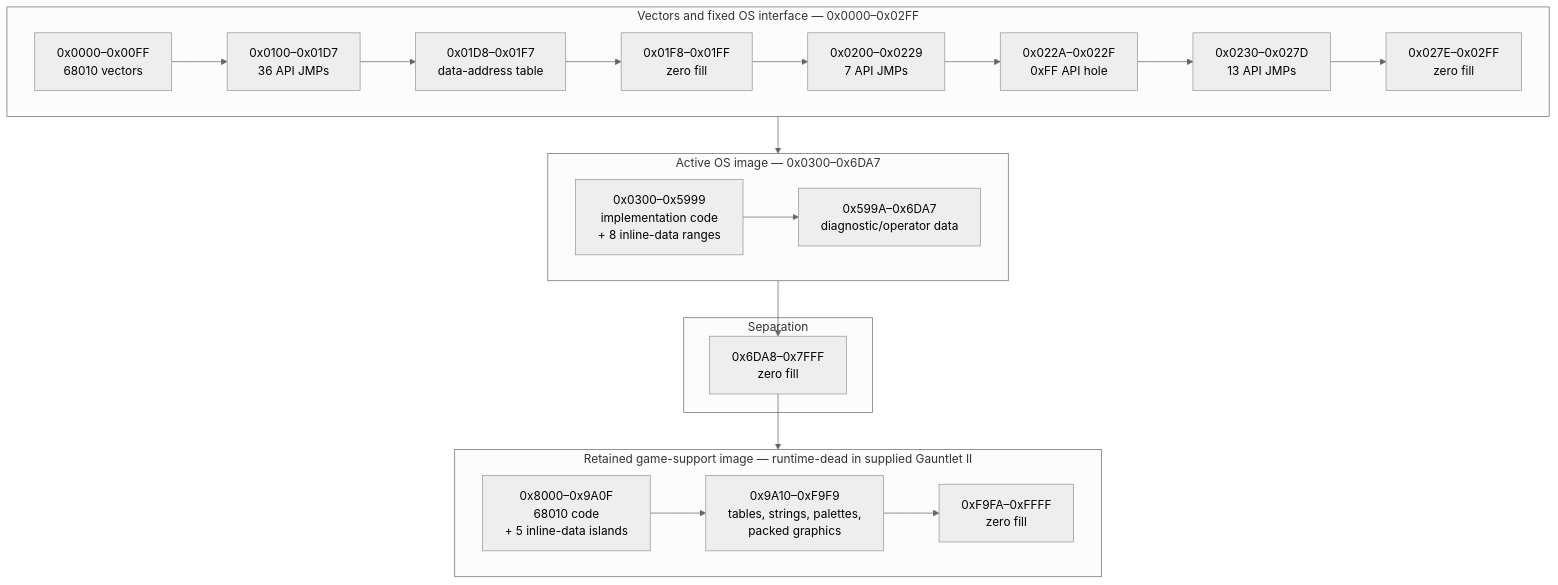
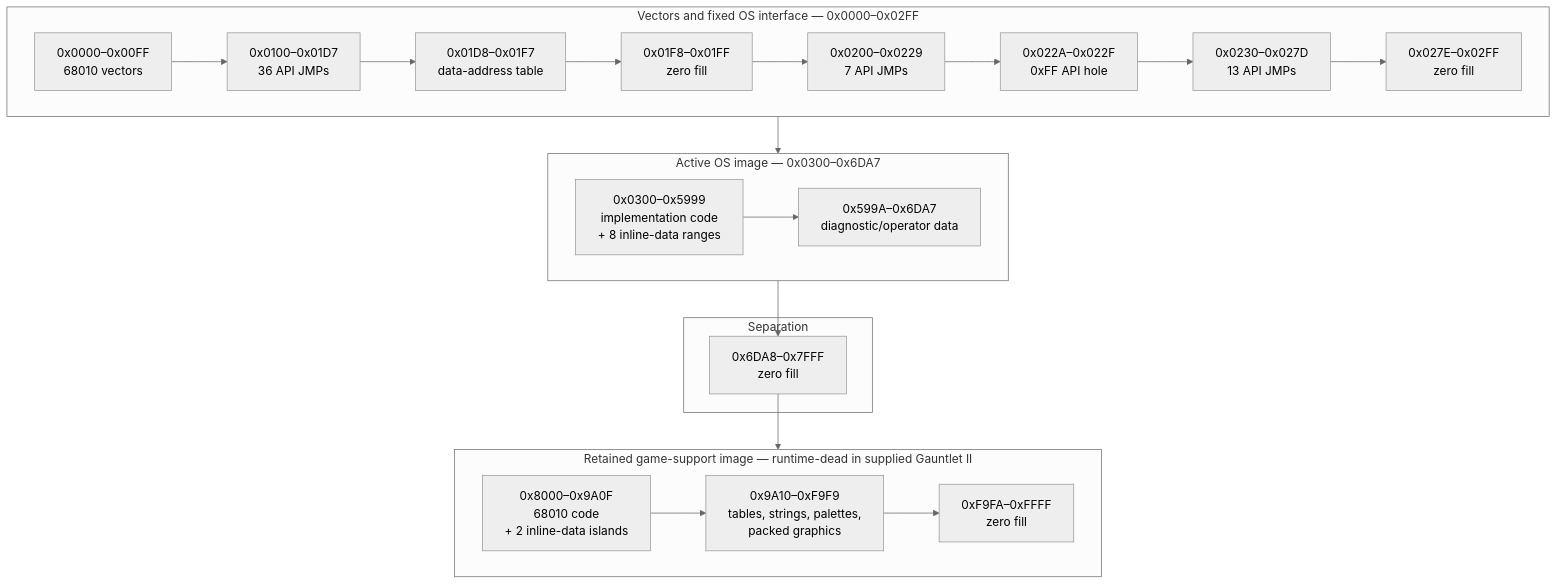
The fourth of 5 diagrams in doc/02_os_rom.md (alinsavix/gauntlet-gamerom-ai-reveng), drawn with Mermaid (neutral theme) before and after one commit. The commit also changed other lines of this file and 79 other files, not shown here.

````diff
--- a/doc/02_os_rom.md
+++ b/doc/02_os_rom.md
@@ -1392,25 +1437,25 @@
 ```mermaid
 flowchart TD
     subgraph front["Vectors and fixed OS interface — 0x0000–0x02FF"]
         direction LR
         vectors["0x0000–0x00FF<br/>68010 vectors"] --> api1["0x0100–0x01D7<br/>36 API JMPs"] --> addresses["0x01D8–0x01F7<br/>data-address table"] --> fill1["0x01F8–0x01FF<br/>zero fill"] --> api2["0x0200–0x0229<br/>7 API JMPs"] --> hole["0x022A–0x022F<br/>0xFF API hole"] --> api3["0x0230–0x027D<br/>13 API JMPs"] --> fill2["0x027E–0x02FF<br/>zero fill"]
     end
 
     subgraph active["Active OS image — 0x0300–0x6DA7"]
         direction LR
         code["0x0300–0x5999<br/>implementation code<br/>+ 8 inline-data ranges"] --> data["0x599A–0x6DA7<br/>diagnostic/operator data"]
     end
 
     subgraph gap["Separation"]
         zeros["0x6DA8–0x7FFF<br/>zero fill"]
     end
 
     subgraph retained["Retained game-support image — runtime-dead in supplied Gauntlet II"]
         direction LR
-        legacycode["0x8000–0x9A0F<br/>68010 code<br/>+ 5 inline-data islands"] --> legacydata["0x9A10–0xF9F9<br/>tables, strings, palettes,<br/>packed graphics"] --> tail["0xF9FA–0xFFFF<br/>zero fill"]
+        legacycode["0x8000–0x9A0F<br/>68010 code<br/>+ 2 inline-data islands"] --> legacydata["0x9A10–0xF9F9<br/>tables, strings, palettes,<br/>packed graphics"] --> tail["0xF9FA–0xFFFF<br/>zero fill"]
     end
 
     fill2 --> code
     data --> zeros
     zeros --> legacycode
 ```
````
